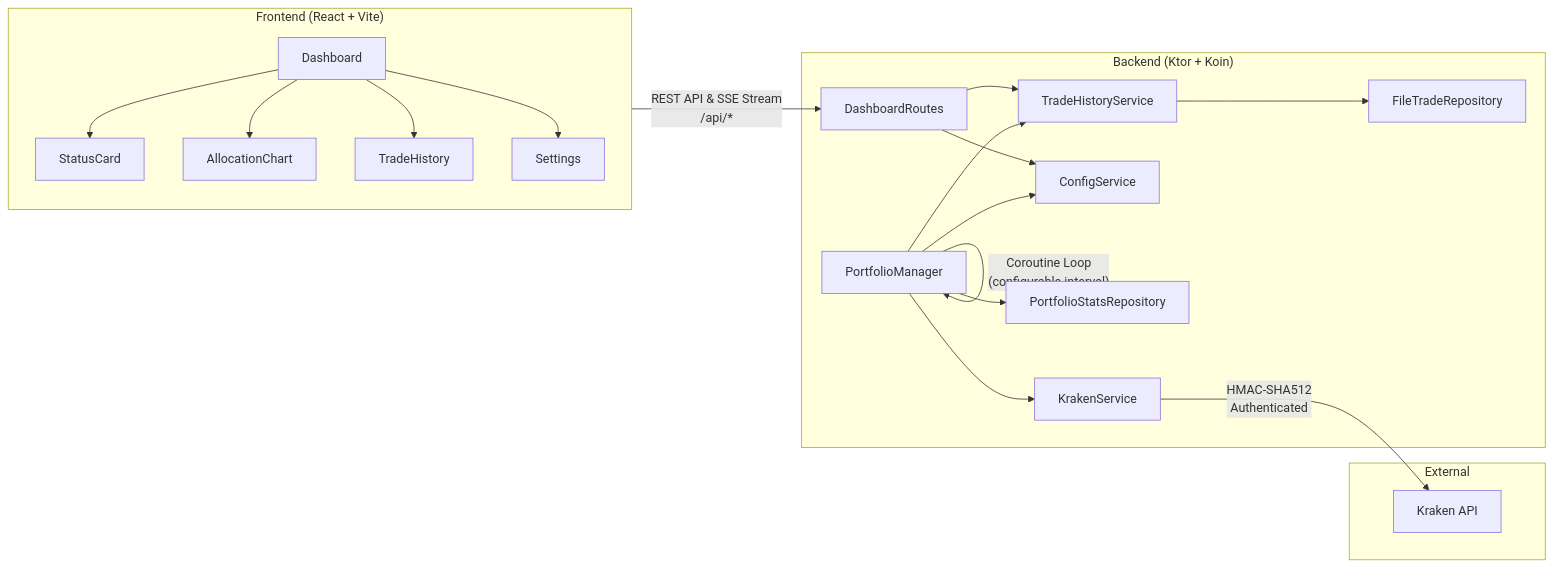
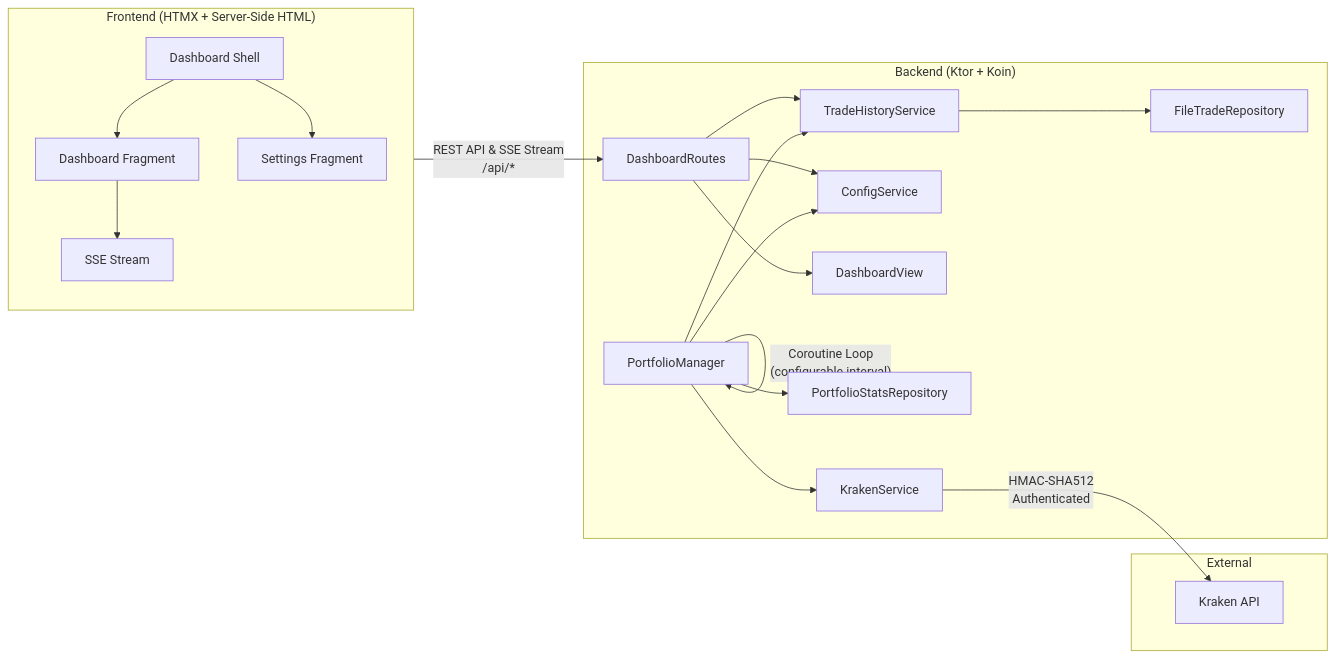
One commit to HyperVon/new-kraken-rebalancer changed the first of 2 diagrams in README.md. Above: the diagram before and after it, drawn with Mermaid. The commit also changed other lines of this file and 42 other files, not shown here.

````diff
--- a/README.md
+++ b/README.md
@@ -88,27 +89,27 @@
 ```mermaid
 graph LR
-    subgraph Frontend["Frontend (React + Vite)"]
-        D[Dashboard] --> SC[StatusCard]
-        D --> AC[AllocationChart]
-        D --> TH[TradeHistory]
-        D --> S[Settings]
+    subgraph Frontend["Frontend (HTMX + Server-Side HTML)"]
+        D[Dashboard Shell] --> DF[Dashboard Fragment]
+        D --> SF[Settings Fragment]
+        DF --> SS[SSE Stream]
     end
 
     subgraph Backend["Backend (Ktor + Koin)"]
         DC[DashboardRoutes] --> THS[TradeHistoryService]
         DC --> CS[ConfigService]
+        DC --> DV[DashboardView]
         PM[PortfolioManager] --> KS[KrakenService]
         PM --> CS
         PM --> THS
         PM --> PSR[PortfolioStatsRepository]
         THS --> FTR[FileTradeRepository]
     end
 
     subgraph External
         KA[Kraken API]
     end
 
     Frontend -- "REST API & SSE Stream\n/api/*" --> DC
     PM -- "Coroutine Loop\n(configurable interval)" --> PM
     KS -- "HMAC-SHA512\nAuthenticated" --> KA
 ```
````
